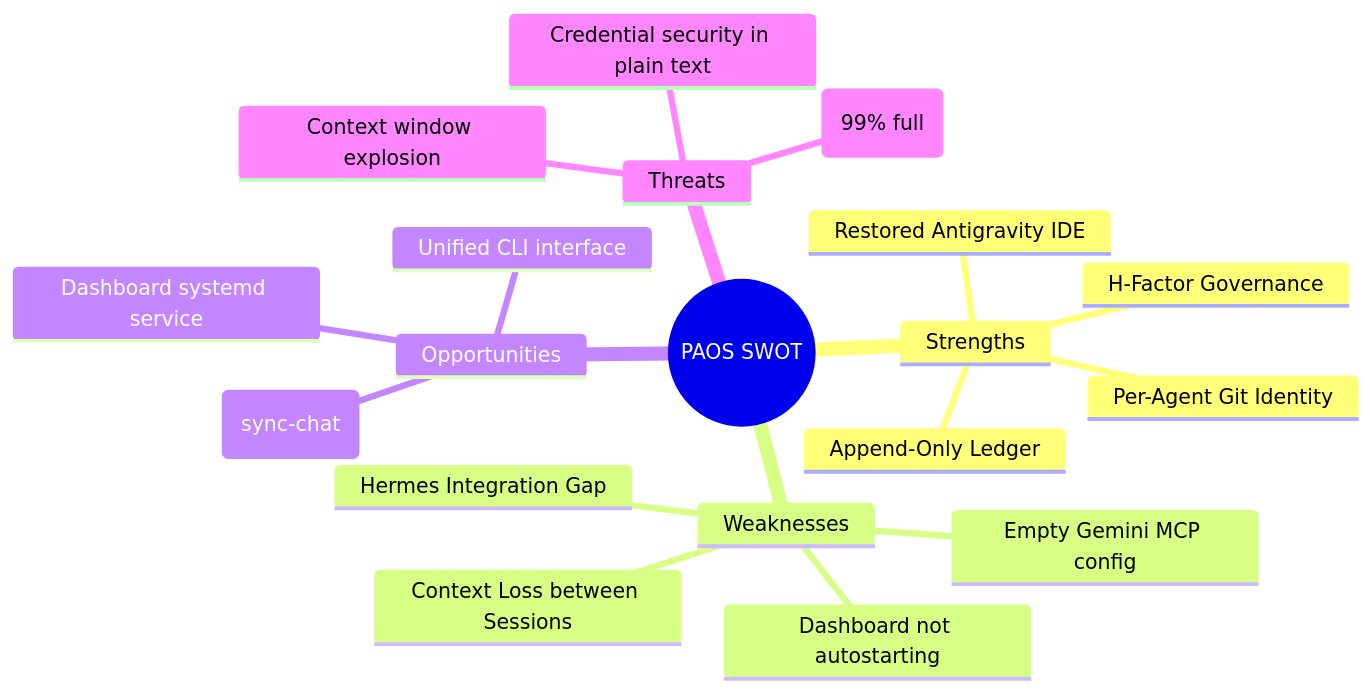
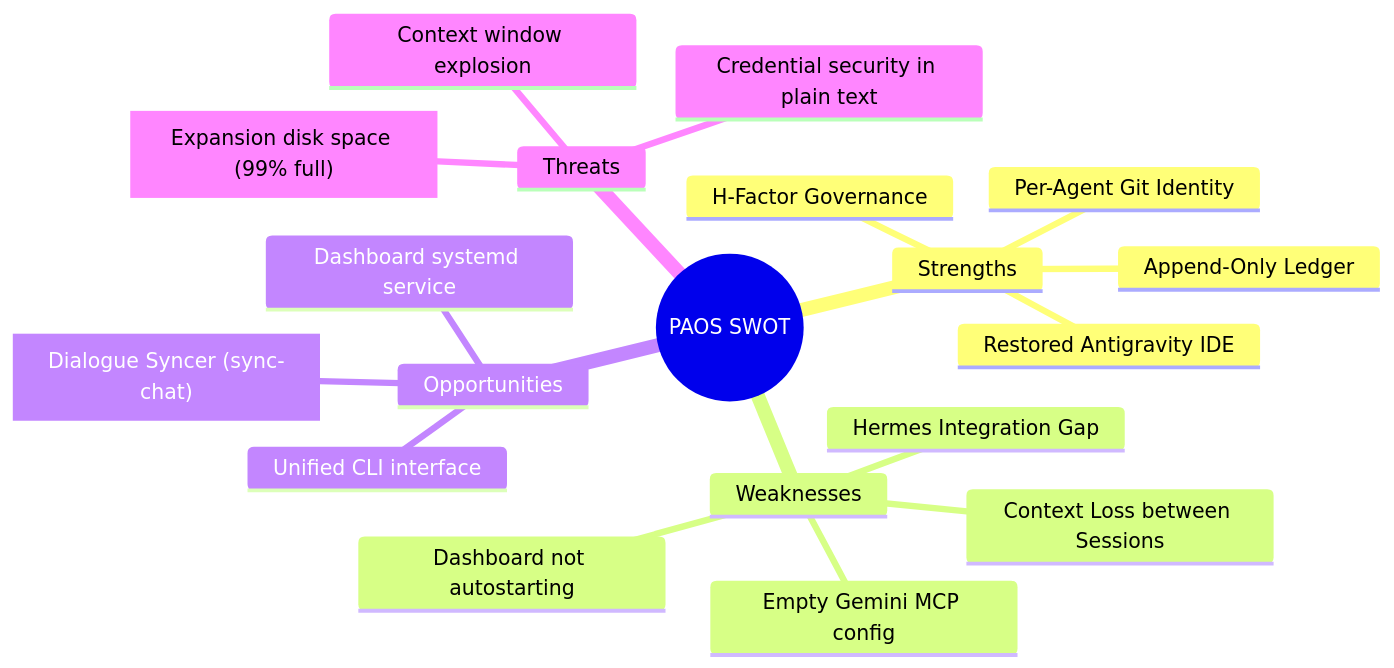
Before and after one commit to 7kim/PAOS: the diagram in logs/shared/swot_audit.md, drawn with Mermaid. The commit also changed 22 other files, not shown here.

````diff
--- a/logs/shared/swot_audit.md
+++ b/logs/shared/swot_audit.md
@@ -33,22 +33,22 @@
 ```mermaid
 mindmap
   root((PAOS SWOT))
     Strengths
       H-Factor Governance
       Append-Only Ledger
       Per-Agent Git Identity
       Restored Antigravity IDE
     Weaknesses
       Context Loss between Sessions
       Dashboard not autostarting
       Empty Gemini MCP config
       Hermes Integration Gap
     Opportunities
-      Dialogue Syncer (sync-chat)
+      ["Dialogue Syncer (sync-chat)"]
       Dashboard systemd service
       Unified CLI interface
     Threats
-      Expansion disk space (99% full)
+      ["Expansion disk space (99% full)"]
       Context window explosion
       Credential security in plain text
 ```
````
